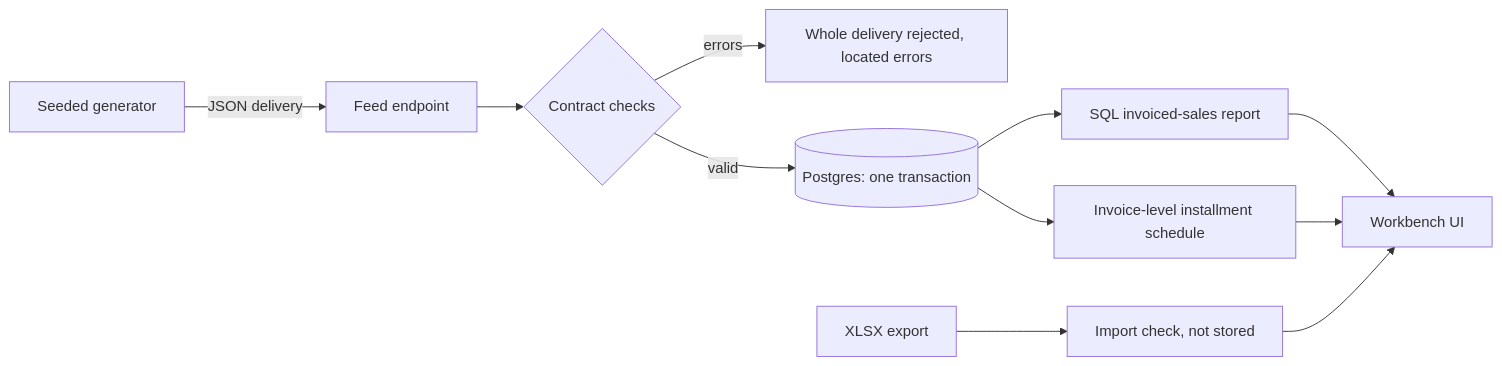
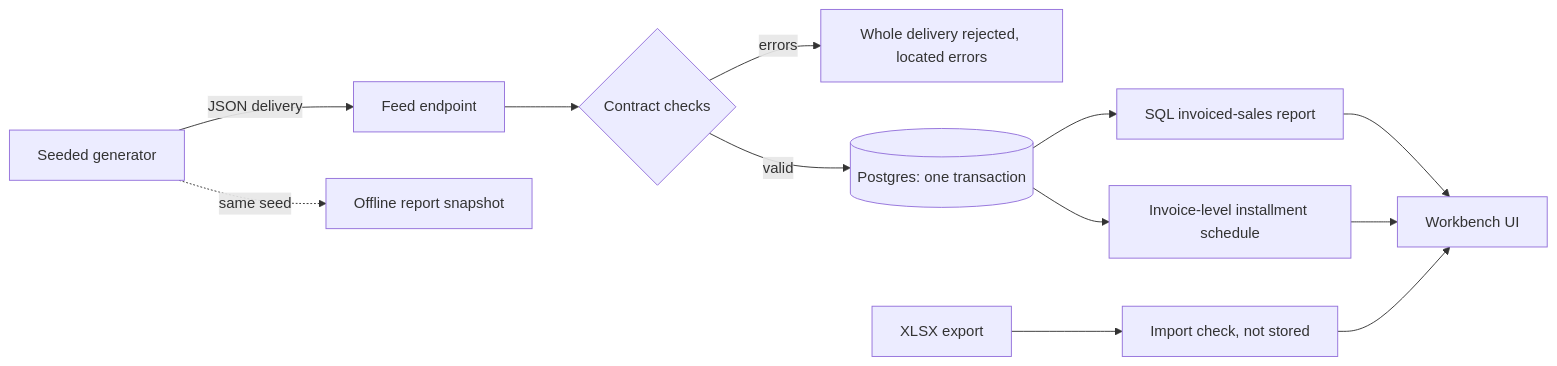
One commit to ChamaOMister/biomix-use-cases changed the diagram in README.md. Above: the diagram before and after it, drawn with Mermaid. The commit also changed other lines of this file and 29 other files, not shown here.

First line of the commit message:
Milestone 6: offline report snapshot, demo and verification

````diff
--- a/README.md
+++ b/README.md
@@ -49,12 +52,13 @@
 ```mermaid
 flowchart LR
   A[Seeded generator] -->|JSON delivery| B[Feed endpoint]
   B --> C{Contract checks}
   C -->|errors| D[Whole delivery rejected, located errors]
   C -->|valid| E[(Postgres: one transaction)]
   E --> F[SQL invoiced-sales report]
   E --> G[Invoice-level installment schedule]
   F --> H[Workbench UI]
   G --> H
+  A -.->|same seed| S[Offline report snapshot]
   X[XLSX export] --> Y[Import check, not stored] --> H
 ```
````
